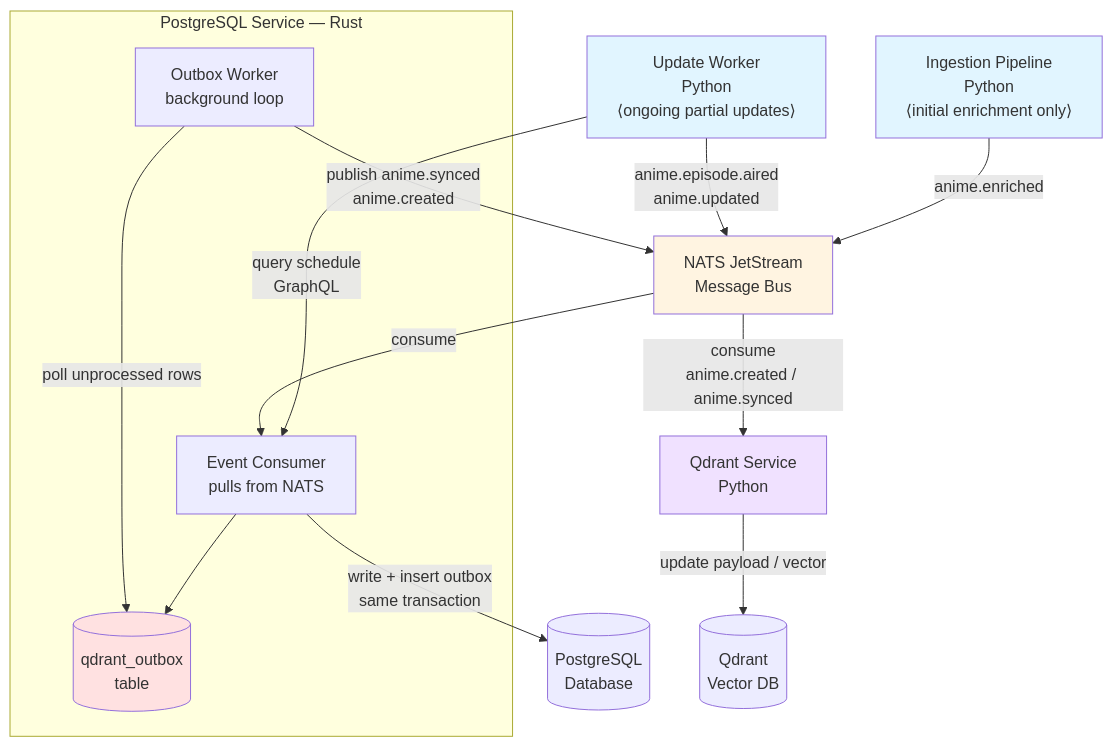
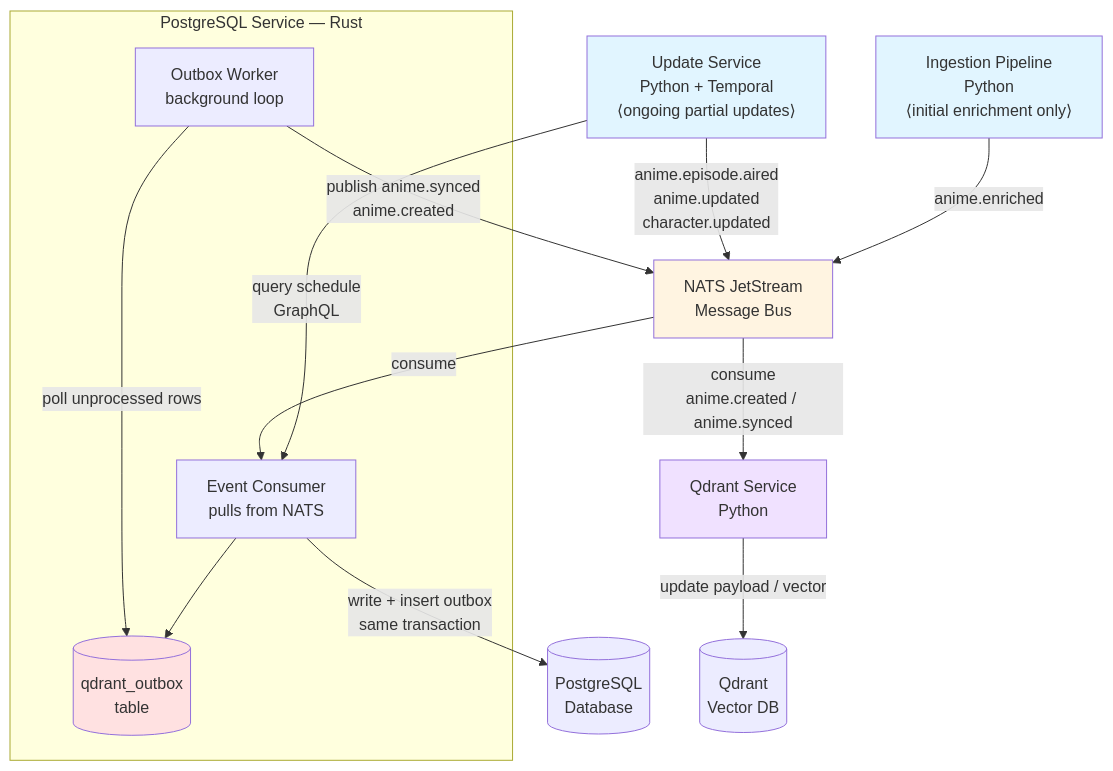
The diagram in docs/event_driven_architecture.md (adnanaq/echora), drawn with Mermaid before and after one commit. The commit also changed other lines of this file and 35 other files, not shown here.

Commit message:
refactor(ECHO-42): expand domain enums, regenerate proto stubs, overhaul architecture docs

````diff
--- a/docs/event_driven_architecture.md
+++ b/docs/event_driven_architecture.md
@@ -29,32 +29,32 @@
 ```mermaid
 graph TB
     Ingestion[Ingestion Pipeline<br/>Python<br/>⟨initial enrichment only⟩]
-    UpdateWorker[Update Worker<br/>Python<br/>⟨ongoing partial updates⟩]
+    UpdateService[Update Service<br/>Python + Temporal<br/>⟨ongoing partial updates⟩]
     NATS[NATS JetStream<br/>Message Bus]
     PG[(PostgreSQL<br/>Database)]
     Qdrant[Qdrant Service<br/>Python]
     QD[(Qdrant<br/>Vector DB)]
 
     subgraph PostgreSQL Service [PostgreSQL Service — Rust]
         Consumer[Event Consumer<br/>pulls from NATS]
         OutboxWorker[Outbox Worker<br/>background loop]
         Outbox[(qdrant_outbox<br/>table)]
     end
 
     Ingestion -->|anime.enriched| NATS
-    UpdateWorker -->|anime.episode.aired<br/>anime.updated| NATS
-    UpdateWorker -->|query schedule\nGraphQL| Consumer
+    UpdateService -->|anime.episode.aired<br/>anime.updated<br/>character.updated| NATS
+    UpdateService -->|query schedule\nGraphQL| Consumer
     NATS -->|consume| Consumer
     Consumer -->|write + insert outbox\nsame transaction| PG
     Consumer --> Outbox
     OutboxWorker -->|poll unprocessed rows| Outbox
     OutboxWorker -->|publish anime.synced\nanime.created| NATS
     NATS -->|consume\nanime.created / anime.synced| Qdrant
     Qdrant -->|update payload / vector| QD
 
     style Ingestion fill:#e1f5ff
-    style UpdateWorker fill:#e1f5ff
+    style UpdateService fill:#e1f5ff
     style NATS fill:#fff4e1
     style Qdrant fill:#f0e1ff
     style Outbox fill:#ffe1e1
 ```
````
